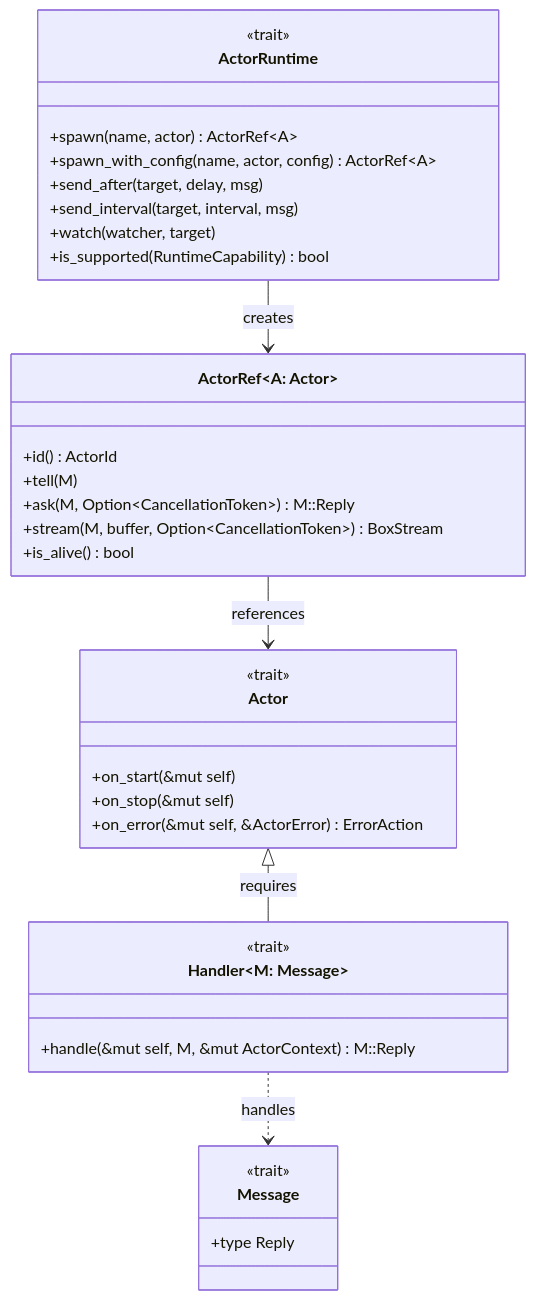
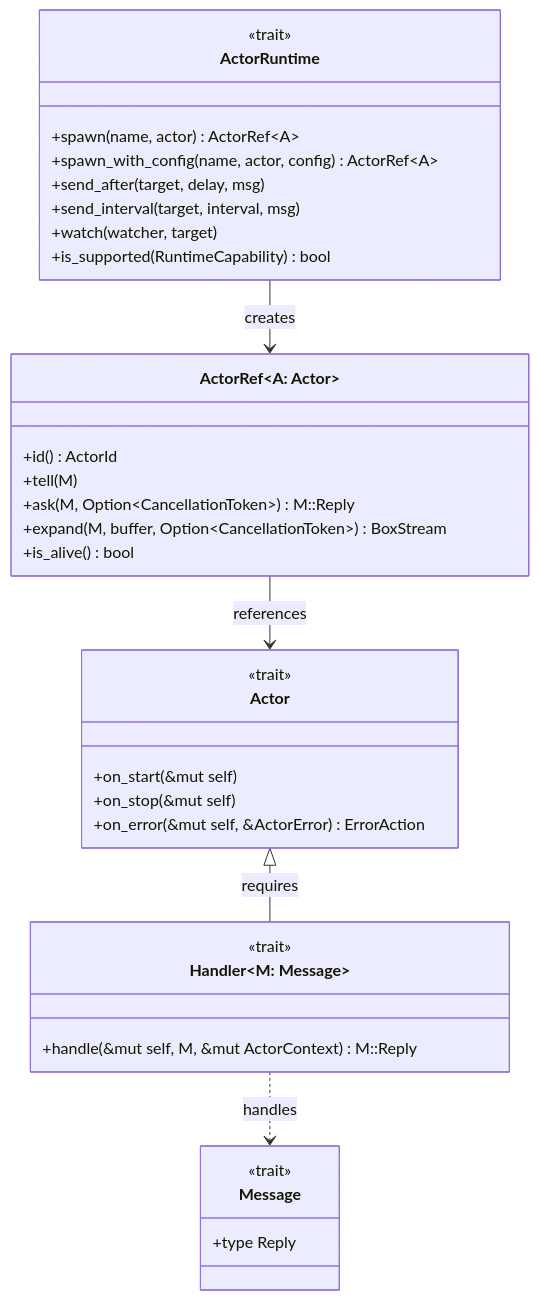
One commit to Yaming-Hub/dactor changed the second of 43 diagrams in docs/design-v0.2.md. Above: the diagram before and after it, drawn with Mermaid. The commit also changed other lines of this file and 33 other files, not shown here.

First line of the commit message:
Rename streaming APIs: stream->expand, feed->reduce + cluster docs (#91)

````diff
--- a/docs/design-v0.2.md
+++ b/docs/design-v0.2.md
@@ -271,37 +271,37 @@
 ```mermaid
 classDiagram
     class Actor {
         <<trait>>
         +on_start(&mut self)
         +on_stop(&mut self)
         +on_error(&mut self, &ActorError) ErrorAction
     }
     class Message {
         <<trait>>
         +type Reply
     }
     class Handler~M: Message~ {
         <<trait>>
         +handle(&mut self, M, &mut ActorContext) M::Reply
     }
     class ActorRef~A: Actor~ {
         +id() ActorId
         +tell(M)
         +ask(M, Option~CancellationToken~) M::Reply
-        +stream(M, buffer, Option~CancellationToken~) BoxStream
+        +expand(M, buffer, Option~CancellationToken~) BoxStream
         +is_alive() bool
     }
     class ActorRuntime {
         <<trait>>
         +spawn(name, actor) ActorRef~A~
         +spawn_with_config(name, actor, config) ActorRef~A~
         +send_after(target, delay, msg)
         +send_interval(target, interval, msg)
         +watch(watcher, target)
         +is_supported(RuntimeCapability) bool
     }
     Actor <|-- Handler: requires
     Handler ..> Message: handles
     ActorRef --> Actor: references
     ActorRuntime --> ActorRef: creates
 ```
````
